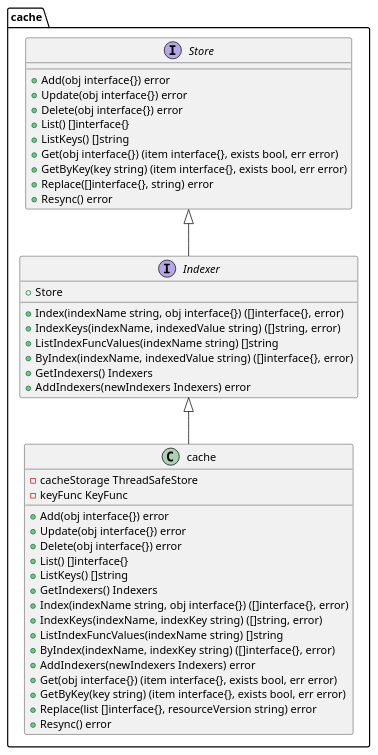
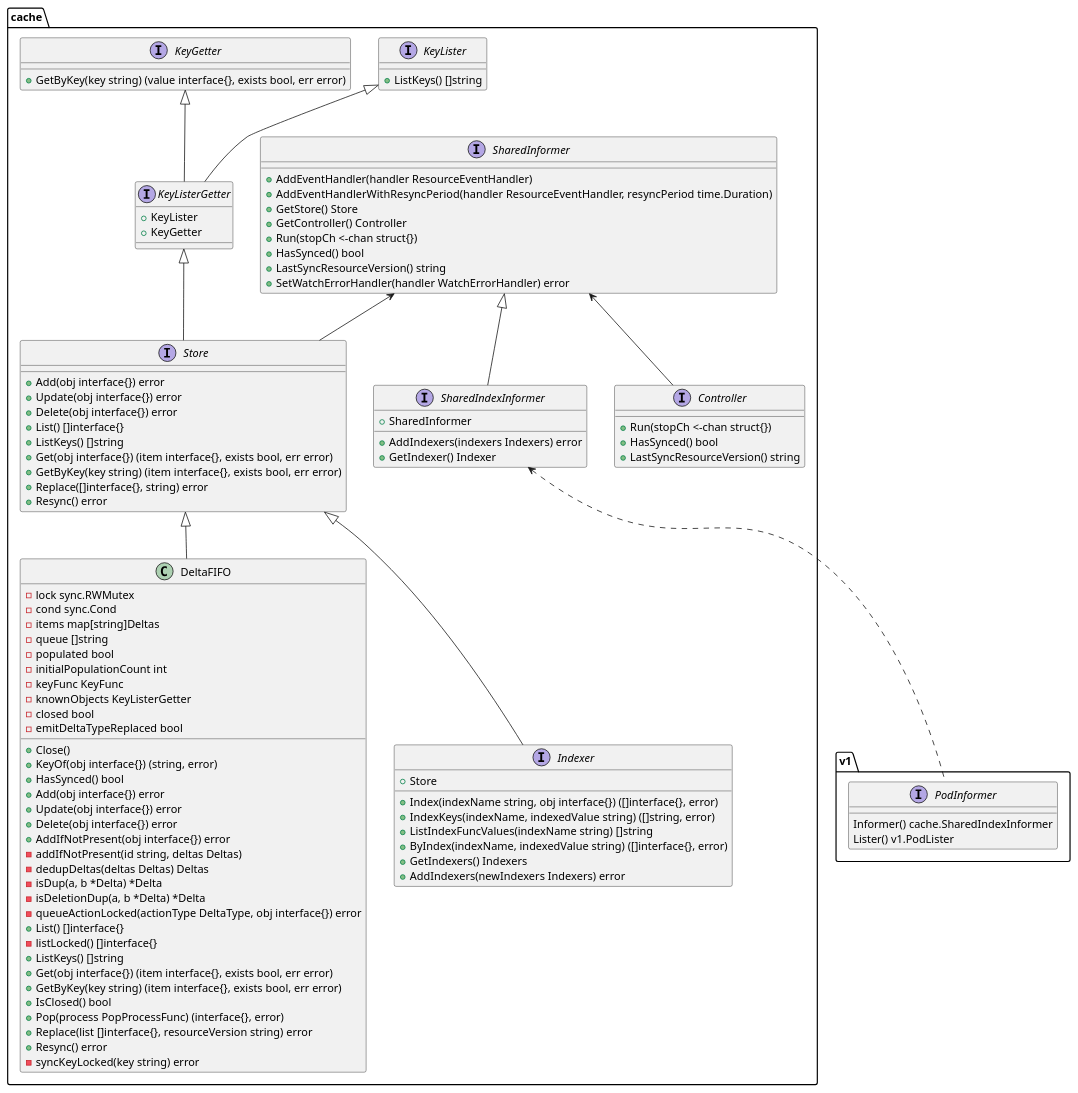
The first of 2 diagrams in client-go/informer/informer.md (kylinxiang70/k8s-in-action), drawn with PlantUML before and after one commit. The commit also changed other lines of this file, not shown here.

````diff
--- a/client-go/informer/informer.md
+++ b/client-go/informer/informer.md
@@ -1110,5 +228,31 @@
 ```plantuml
 @startuml
+interface cache.SharedInformer {
+    + AddEventHandler(handler ResourceEventHandler)
+    + AddEventHandlerWithResyncPeriod(handler ResourceEventHandler, resyncPeriod time.Duration)
+    + GetStore() Store
+    + GetController() Controller
+    + Run(stopCh <-chan struct{})
+    + HasSynced() bool
+    + LastSyncResourceVersion() string
+    + SetWatchErrorHandler(handler WatchErrorHandler) error
+}
+
+interface cache.SharedIndexInformer {
+    {field} + SharedInformer
+    {method} + AddIndexers(indexers Indexers) error
+    {method} + GetIndexer() Indexer
+}
+
+cache.SharedInformer <|-- cache.SharedIndexInformer
+
+interface v1.PodInformer {
+    Informer() cache.SharedIndexInformer
+    Lister() v1.PodLister
+}
+
+cache.SharedIndexInformer <.. v1.PodInformer
+
 interface cache.Store {
     {method} + Add(obj interface{}) error
     {method} + Update(obj interface{}) error
@@ -1120,6 +264,70 @@
     {method} + Replace([]interface{}, string) error
     {method} + Resync() error
 }
+
+cache.SharedInformer <-- cache.Store
+
+interface cache.Controller {
+    {method} + Run(stopCh <-chan struct{})
+    {method} + HasSynced() bool
+    {method} + LastSyncResourceVersion() string
+}
+
+cache.SharedInformer <-- cache.Controller
+
+class cache.DeltaFIFO {
+	{field} - lock sync.RWMutex
+	{field} - cond sync.Cond
+	{field} - items map[string]Deltas
+	{field} - queue []string
+	{field} - populated bool
+	{field} - initialPopulationCount int
+	{field} - keyFunc KeyFunc
+	{field} - knownObjects KeyListerGetter
+	{field} - closed bool
+	{field} - emitDeltaTypeReplaced bool
+    {method} + Close()
+    {method} + KeyOf(obj interface{}) (string, error)
+    {method} + HasSynced() bool
+    {method} + Add(obj interface{}) error
+    {method} + Update(obj interface{}) error
+    {method} + Delete(obj interface{}) error
+    {method} + AddIfNotPresent(obj interface{}) error
+    {method} - addIfNotPresent(id string, deltas Deltas)
+    {method} - dedupDeltas(deltas Deltas) Deltas
+    {method} - isDup(a, b *Delta) *Delta
+    {method} - isDeletionDup(a, b *Delta) *Delta
+    {method} - queueActionLocked(actionType DeltaType, obj interface{}) error
+    {method} + List() []interface{}
+    {method} - listLocked() []interface{}
+    {method} + ListKeys() []string
+    {method} + Get(obj interface{}) (item interface{}, exists bool, err error)
+    {method} + GetByKey(key string) (item interface{}, exists bool, err error)
+    {method} + IsClosed() bool
+    {method} + Pop(process PopProcessFunc) (interface{}, error) 
+    {method} + Replace(list []interface{}, resourceVersion string) error
+    {method} + Resync() error
+    {method} - syncKeyLocked(key string) error
+}
+
+cache.Store <|-- cache.DeltaFIFO
+
+interface cache.KeyLister {
+    {method} + ListKeys() []string
+}
+
+interface cache.KeyGetter {
+    {method} + GetByKey(key string) (value interface{}, exists bool, err error)
+}
+
+interface cache.KeyListerGetter {
+    {field} + KeyLister
+	{field} + KeyGetter
+}
+
+cache.KeyLister <|-- cache.KeyListerGetter
+cache.KeyGetter <|-- cache.KeyListerGetter
+cache.KeyListerGetter <|-- cache.Store
 
 interface cache.Indexer {
     {field} + Store
@@ -1133,27 +341,5 @@
 
 cache.Store <|-- cache.Indexer
 
-class cache.cache {
-    {field} - cacheStorage ThreadSafeStore
-    {field} - keyFunc KeyFunc
-    {method} + Add(obj interface{}) error
-    {method} + Update(obj interface{}) error
-    {method} + Delete(obj interface{}) error
-    {method} + List() []interface{}
-    {method} + ListKeys() []string
-    {method} + GetIndexers() Indexers
-    {method} + Index(indexName string, obj interface{}) ([]interface{}, error)
-    {method} + IndexKeys(indexName, indexKey string) ([]string, error)
-    {method} + ListIndexFuncValues(indexName string) []string
-    {method} + ByIndex(indexName, indexKey string) ([]interface{}, error)
-    {method} + AddIndexers(newIndexers Indexers) error
-    {method} + Get(obj interface{}) (item interface{}, exists bool, err error)
-    {method} + GetByKey(key string) (item interface{}, exists bool, err error)
-    {method} + Replace(list []interface{}, resourceVersion string) error
-    {method} + Resync() error
-}
-
-cache.Indexer <|-- cache.cache
-
 @enduml
 ```
````
